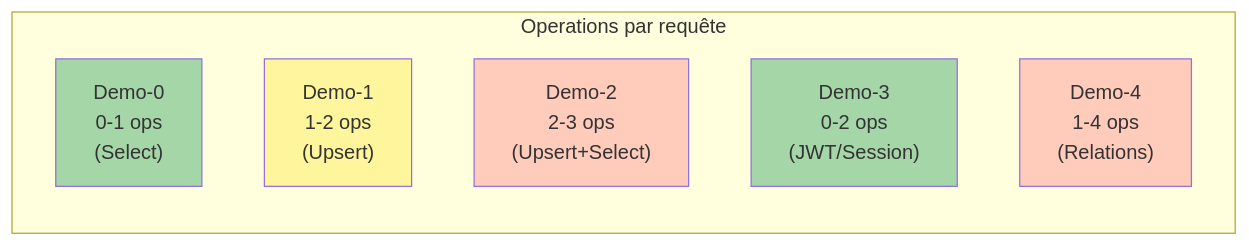
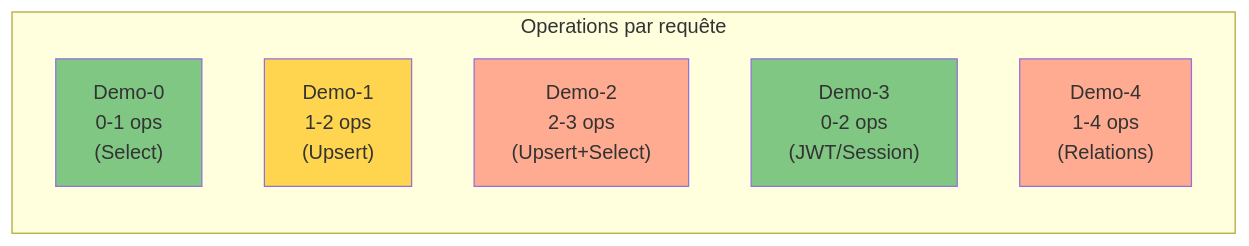
Before and after one commit to inskillflow/auths-1-NEXTJS-introduction: diagram 36 of 39 in 02-DIAGRAMMES_ARCHITECTURES.md, drawn with Mermaid. The commit also changed other lines of this file, not shown here.

````diff
--- a/02-DIAGRAMMES_ARCHITECTURES.md
+++ b/02-DIAGRAMMES_ARCHITECTURES.md
@@ -1157,16 +1157,16 @@
 ```mermaid
 graph LR
     subgraph "Operations par requête"
         O0["Demo-0<br/>0-1 ops<br/>(Select)"]
         O1["Demo-1<br/>1-2 ops<br/>(Upsert)"]
         O2["Demo-2<br/>2-3 ops<br/>(Upsert+Select)"]
         O3["Demo-3<br/>0-2 ops<br/>(JWT/Session)"]
         O4["Demo-4<br/>1-4 ops<br/>(Relations)"]
     end
     
-    style O0 fill:#a5d6a7
-    style O1 fill:#fff59d
-    style O2 fill:#ffccbc
-    style O3 fill:#a5d6a7
-    style O4 fill:#ffccbc
+    style O0 fill:#81c784
+    style O1 fill:#ffd54f
+    style O2 fill:#ffab91
+    style O3 fill:#81c784
+    style O4 fill:#ffab91
 ```
````
